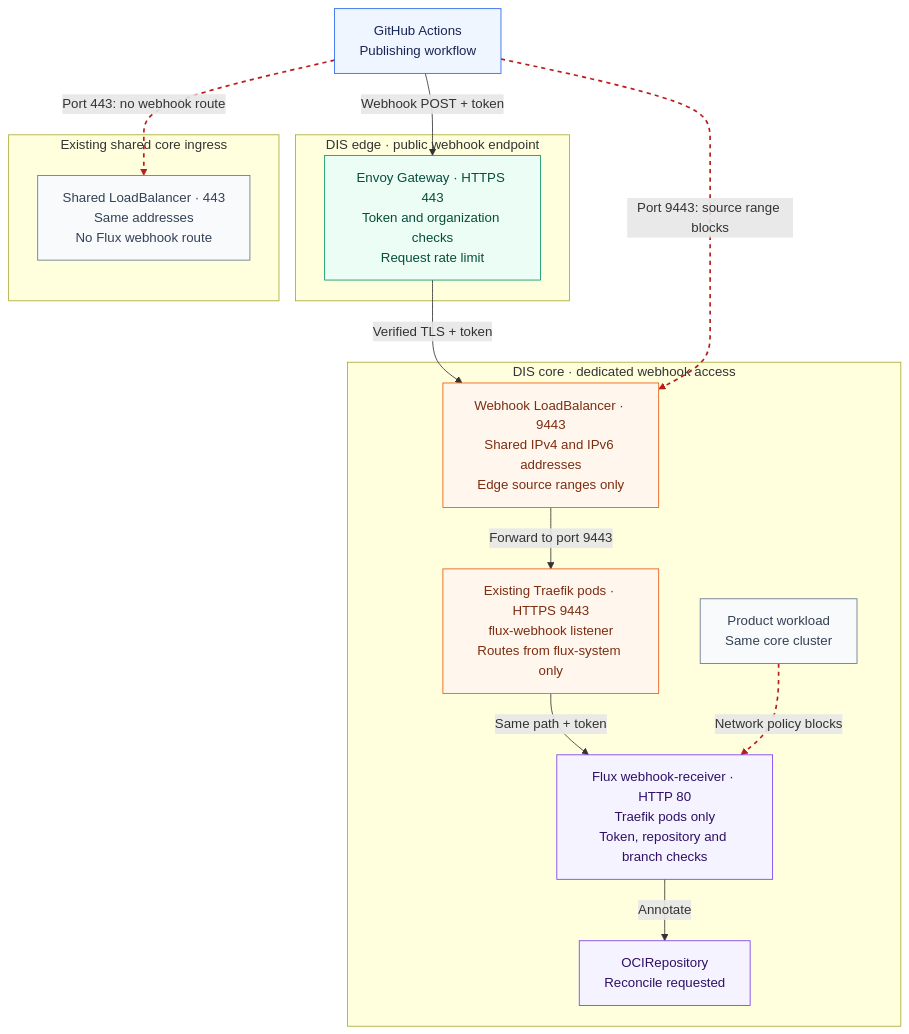
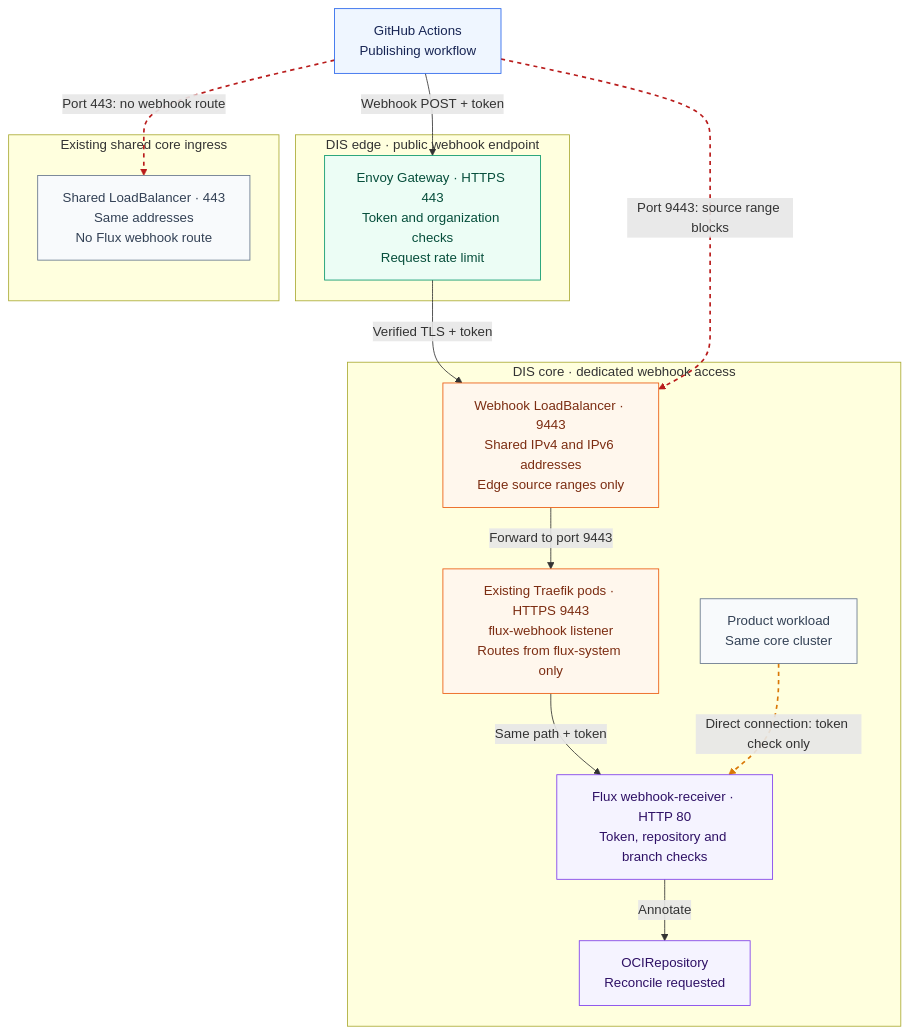
Before and after one commit to Altinn/altinn-platform: the first of 2 diagrams in rfcs/0017-on-demand-flux-reconcile.md, drawn with Mermaid. The commit also changed other lines of this file and 2 other files, not shown here.

````diff
--- a/rfcs/0017-on-demand-flux-reconcile.md
+++ b/rfcs/0017-on-demand-flux-reconcile.md
@@ -153,54 +153,54 @@
 ```mermaid
 flowchart TB
     workflow["`GitHub Actions
 Publishing workflow`"]
 
     subgraph edgeCluster["DIS edge · public webhook endpoint"]
         edgeGateway["`Envoy Gateway · HTTPS 443
 Token and organization checks
 Request rate limit`"]
     end
 
     subgraph coreCluster["DIS core · dedicated webhook access"]
         webhookService["`Webhook LoadBalancer · 9443
 Shared IPv4 and IPv6 addresses
 Edge source ranges only`"]
         traefik["`Existing Traefik pods · HTTPS 9443
 flux-webhook listener
 Routes from flux-system only`"]
         receiver["`Flux webhook-receiver · HTTP 80
-Traefik pods only
 Token, repository and branch checks`"]
         source["`OCIRepository
 Reconcile requested`"]
         workload["`Product workload
 Same core cluster`"]
     end
 
     subgraph sharedIngress["Existing shared core ingress"]
         sharedService["`Shared LoadBalancer · 443
 Same addresses
 No Flux webhook route`"]
     end
 
     workflow -->|"Webhook POST + token"| edgeGateway
     edgeGateway -->|"Verified TLS + token"| webhookService
     webhookService -->|"Forward to port 9443"| traefik
     traefik -->|"Same path + token"| receiver
     receiver -->|"Annotate"| source
     workflow -. "Port 9443: source range blocks" .-> webhookService
     workflow -. "Port 443: no webhook route" .-> sharedService
-    workload -. "Network policy blocks" .-> receiver
+    workload -. "Direct connection: token check only" .-> receiver
 
     classDef client fill:#eff6ff,stroke:#2563eb,color:#172554
     classDef gateway fill:#ecfdf5,stroke:#059669,color:#064e3b
     classDef restricted fill:#fff7ed,stroke:#ea580c,color:#7c2d12
     classDef flux fill:#f5f3ff,stroke:#7c3aed,color:#2e1065
     classDef shared fill:#f8fafc,stroke:#64748b,color:#334155
     class workflow client
     class edgeGateway gateway
     class webhookService,traefik restricted
     class receiver,source flux
     class sharedService,workload shared
-    linkStyle 5,6,7 stroke:#b91c1c,stroke-width:2px,stroke-dasharray:5 5
+    linkStyle 5,6 stroke:#b91c1c,stroke-width:2px,stroke-dasharray:5 5
+    linkStyle 7 stroke:#d97706,stroke-width:2px,stroke-dasharray:5 5
 ```
````
